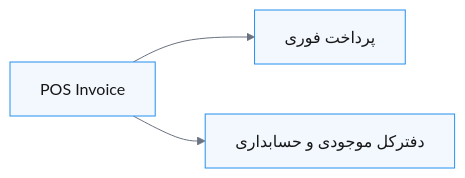
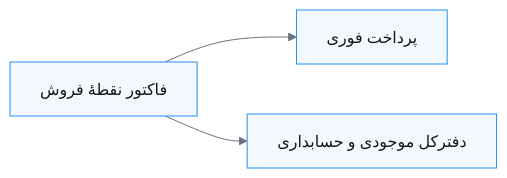
The third of 9 diagrams in content/fa/erpnext/accounting-workflows-by-business-type.md (shahinesi/frappe_docs-persian), drawn with Mermaid before and after one commit. The commit also changed other lines of this file and 7 other files, not shown here.

Commit message:
Localize ERPNext purchasing workflow diagrams

````diff
--- a/content/fa/erpnext/accounting-workflows-by-business-type.md
+++ b/content/fa/erpnext/accounting-workflows-by-business-type.md
@@ -79,6 +79,6 @@
 ```mermaid
 %%{init: {"theme":"base","themeVariables":{"primaryColor":"#F3F8FF","primaryBorderColor":"#2490EF","primaryTextColor":"#171717","lineColor":"#6B7280","secondaryColor":"#FFFFFF","tertiaryColor":"#F8F9FA"}}}%%
 flowchart LR
-    POS["POS Invoice"] --> P["پرداخت فوری"]
+    POS["فاکتور نقطهٔ فروش"] --> P["پرداخت فوری"]
     POS --> SL["دفترکل موجودی و حسابداری"]
 ```
````
